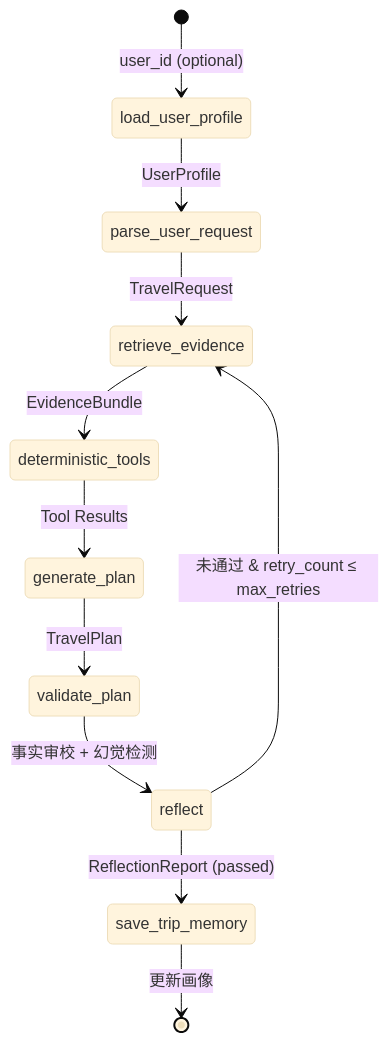
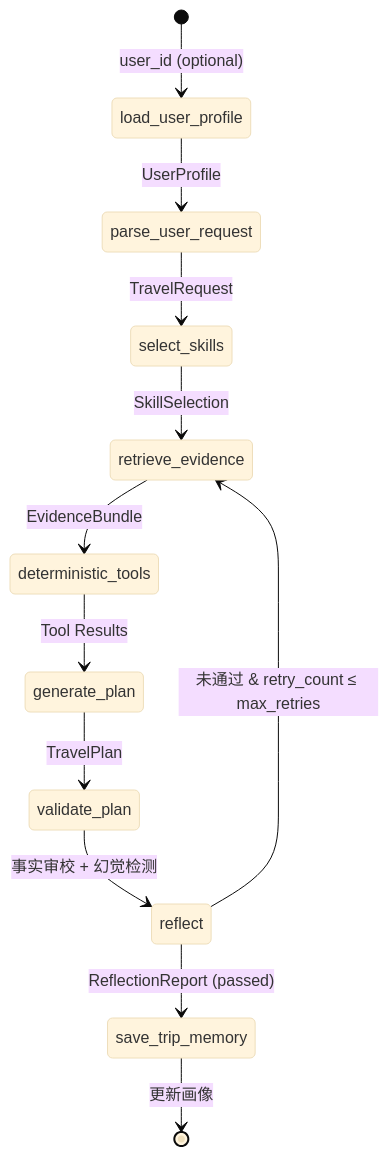
The second of 4 diagrams in README.md (camellia-ssj/travel-planner-agent), drawn with Mermaid (base theme) before and after one commit. The commit also changed other lines of this file and 45 other files, not shown here.

````diff
--- a/README.md
+++ b/README.md
@@ -121,13 +128,14 @@
 ```mermaid
 stateDiagram-v2
     [*] --> load_user_profile: user_id (optional)
     load_user_profile --> parse_user_request: UserProfile
-    parse_user_request --> retrieve_evidence: TravelRequest
+    parse_user_request --> select_skills: TravelRequest
+    select_skills --> retrieve_evidence: SkillSelection
     retrieve_evidence --> deterministic_tools: EvidenceBundle
     deterministic_tools --> generate_plan: Tool Results
     generate_plan --> validate_plan: TravelPlan
     validate_plan --> reflect: 事实审校 + 幻觉检测
     reflect --> save_trip_memory: ReflectionReport (passed)
     reflect --> retrieve_evidence: 未通过 & retry_count ≤ max_retries
     save_trip_memory --> [*]: 更新画像
 ```
````
